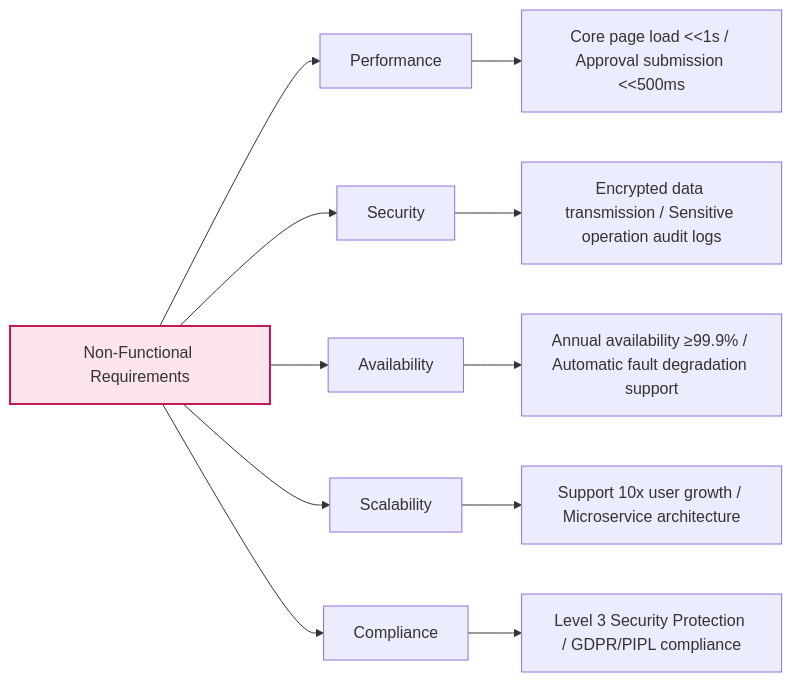
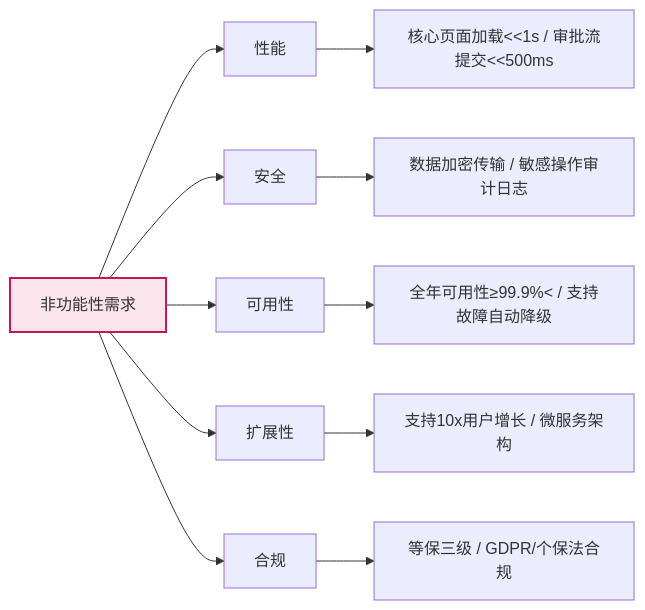
One commit to Kirky-X/cangjie changed the tenth of 18 diagrams in templates/Product/Strategy/Template-MRD.md. Above: the diagram before and after it, drawn with Mermaid. The commit also changed other lines of this file and 33 other files, not shown here.

````diff
--- a/templates/Product/Strategy/Template-MRD.md
+++ b/templates/Product/Strategy/Template-MRD.md
@@ -498,16 +498,16 @@
 ```mermaid
 graph LR
-    A[Non-Functional Requirements] --> B[Performance]
-    A --> C[Security]
-    A --> D[Availability]
-    A --> E[Scalability]
-    A --> F[Compliance]
+    A[非功能性需求] --> B[性能]
+    A --> C[安全]
+    A --> D[可用性]
+    A --> E[扩展性]
+    A --> F[合规]
 
-    B --> B1[Core page load <<1s / Approval submission <<500ms]
-    C --> C1[Encrypted data transmission / Sensitive operation audit logs]
-    D --> D1[Annual availability ≥99.9% / Automatic fault degradation support]
-    E --> E1[Support 10x user growth / Microservice architecture]
-    F --> F1[Level 3 Security Protection / GDPR/PIPL compliance]
+    B --> B1[核心页面加载<<1s / 审批流提交<<500ms]
+    C --> C1[数据加密传输 / 敏感操作审计日志]
+    D --> D1[全年可用性≥99.9%< / 支持故障自动降级]
+    E --> E1[支持10x用户增长 / 微服务架构]
+    F --> F1[等保三级 / GDPR/个保法合规]
 
     style A fill:#fce4ec,stroke:#c2185b,stroke-width:2px
 ```
````
